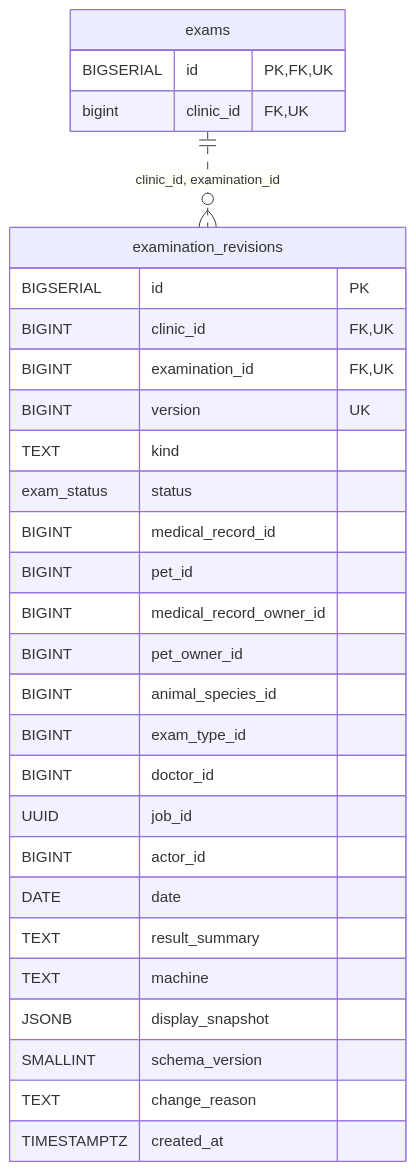
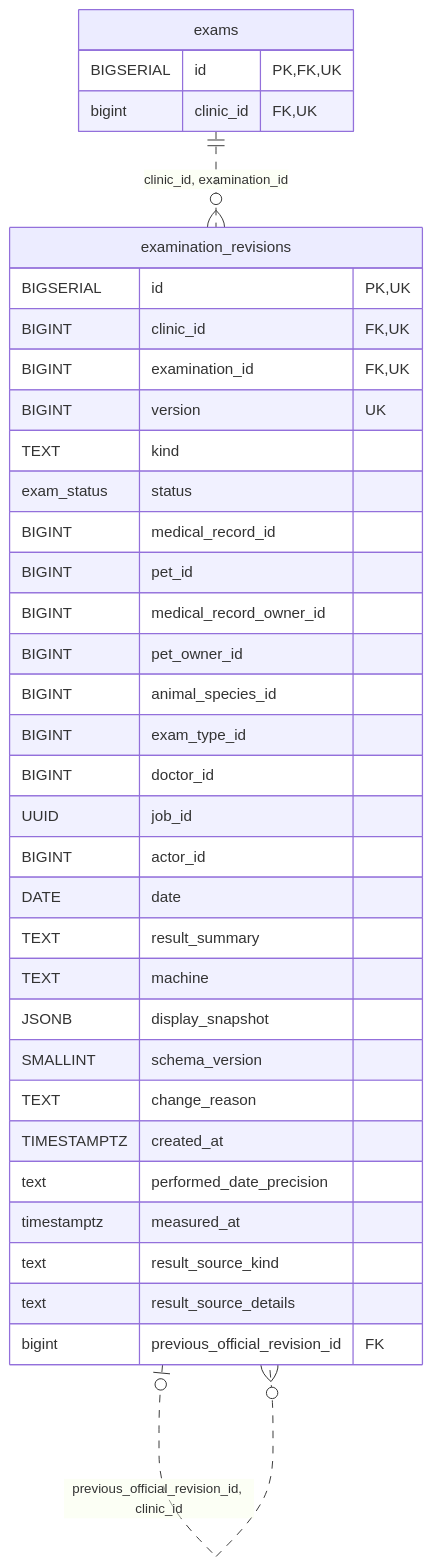
Before and after one commit to MinoruSoga/AnimalEkarte: the diagram in docs/architecture/erd-detail/examination_revisions.md, drawn with Mermaid. The commit also changed other lines of this file and 131 other files, not shown here.

````diff
--- a/docs/architecture/erd-detail/examination_revisions.md
+++ b/docs/architecture/erd-detail/examination_revisions.md
@@ -45,32 +50,38 @@
 ```mermaid
 erDiagram
     examination_revisions {
-        BIGSERIAL id PK
+        BIGSERIAL id PK,UK
         BIGINT clinic_id FK,UK
         BIGINT examination_id FK,UK
         BIGINT version UK
         TEXT kind
         exam_status status
         BIGINT medical_record_id
         BIGINT pet_id
         BIGINT medical_record_owner_id
         BIGINT pet_owner_id
         BIGINT animal_species_id
         BIGINT exam_type_id
         BIGINT doctor_id
         UUID job_id
         BIGINT actor_id
         DATE date
         TEXT result_summary
         TEXT machine
         JSONB display_snapshot
         SMALLINT schema_version
         TEXT change_reason
         TIMESTAMPTZ created_at
+        text performed_date_precision
+        timestamptz measured_at
+        text result_source_kind
+        text result_source_details
+        bigint previous_official_revision_id FK
     }
     exams {
         BIGSERIAL id PK,FK,UK
         bigint clinic_id FK,UK
     }
     exams ||..o{ examination_revisions : "clinic_id, examination_id"
+    examination_revisions o|..o{ examination_revisions : "previous_official_revision_id, clinic_id"
 ```
````
